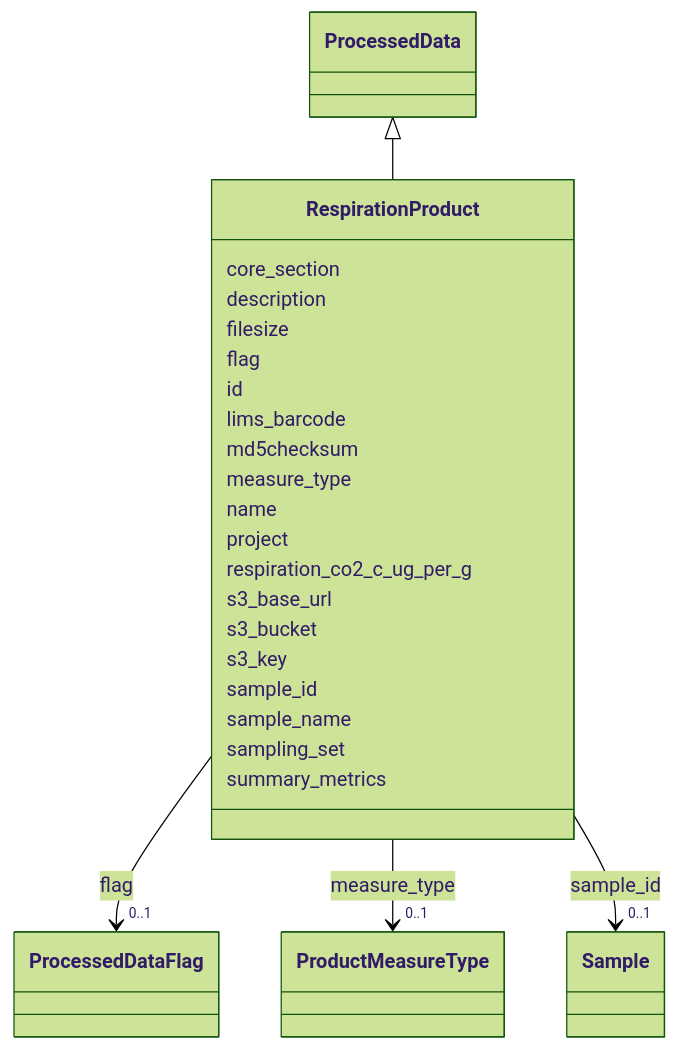
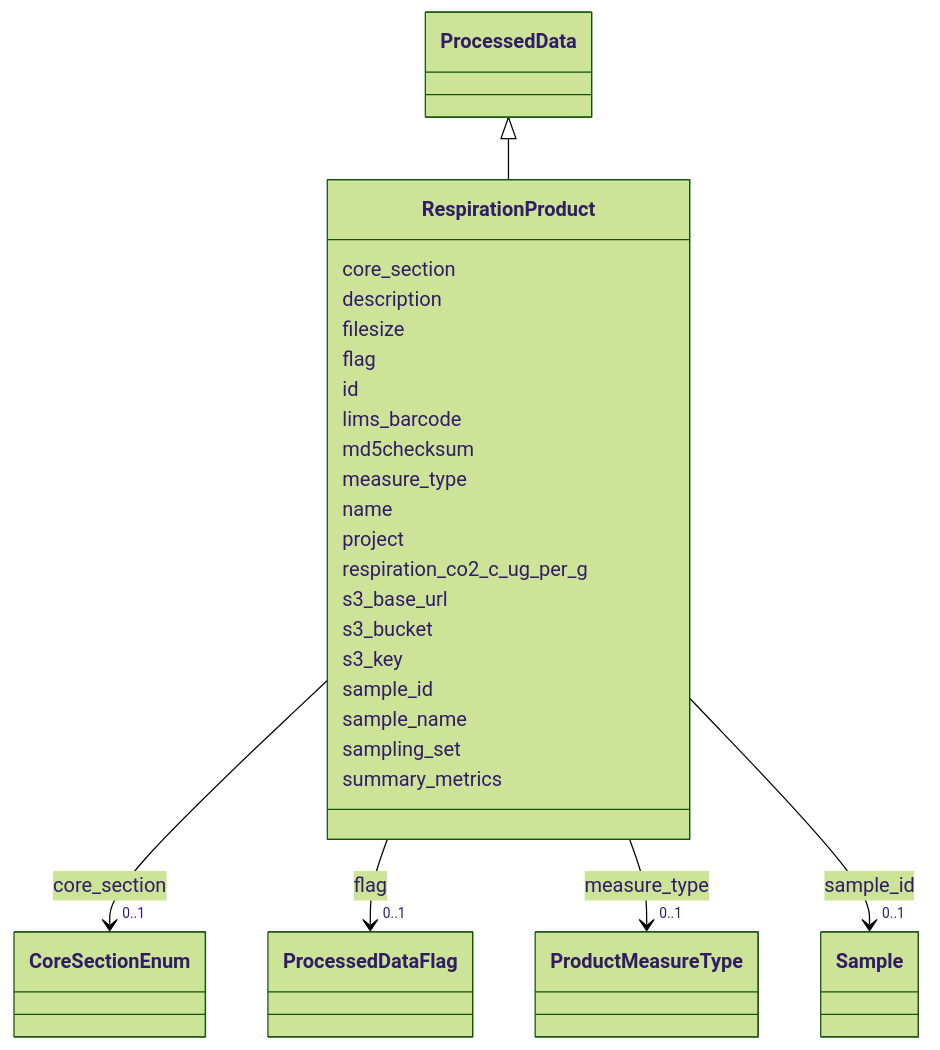
One commit to EMSL-Computing/BASALT-Schema changed the diagram in docs/elements/RespirationProduct.md. Above: the diagram before and after it, drawn with Mermaid (forest theme). The commit also changed other lines of this file and 388 other files, not shown here.

```diff
--- a/docs/elements/RespirationProduct.md
+++ b/docs/elements/RespirationProduct.md
@@ -19,6 +19,16 @@
         click ProcessedData href "../ProcessedData"
       
       RespirationProduct : core_section
+        
+          
+    
+    
+    
+    
+    RespirationProduct --> "0..1" CoreSectionEnum : core_section
+    click CoreSectionEnum href "../CoreSectionEnum"
+    
+
         
       RespirationProduct : description
         
```
